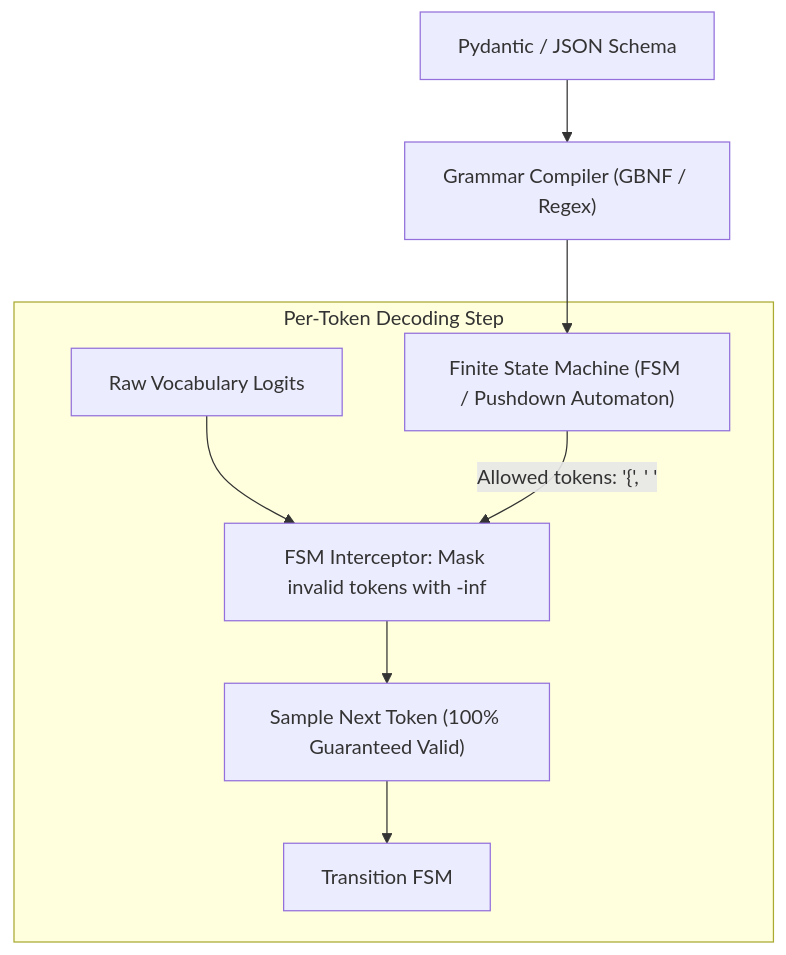
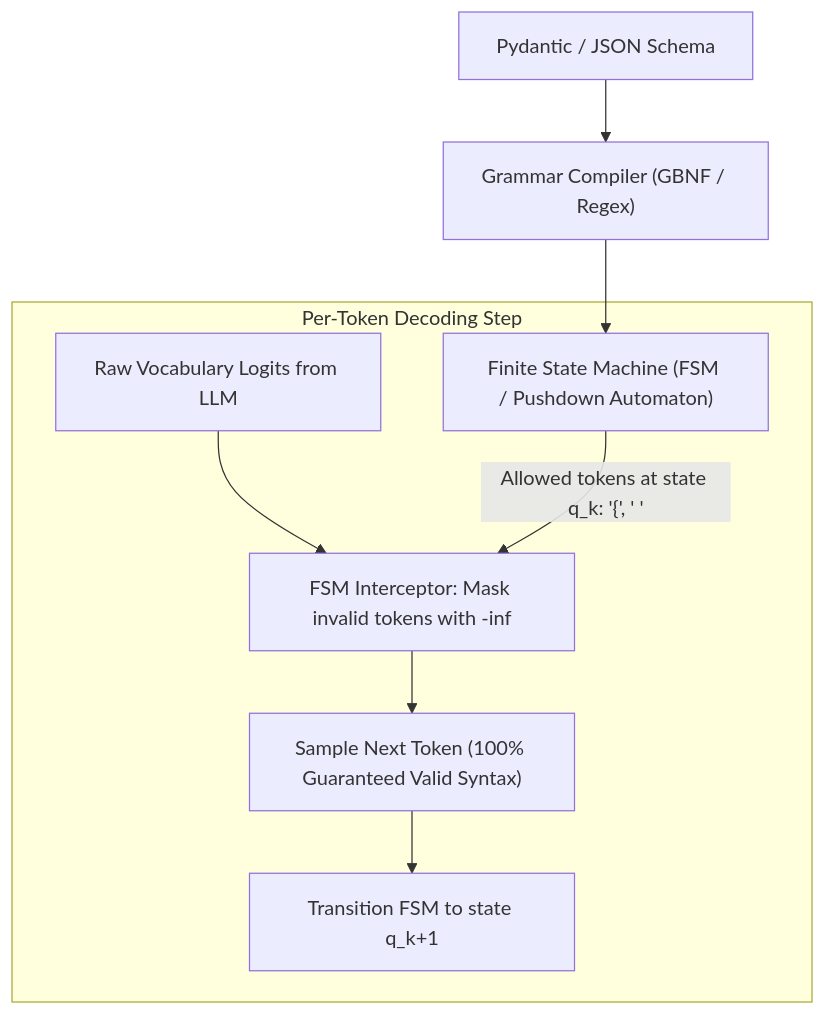
One commit to dip4k/senior-engineer-to-ai-engineer-roadmap changed diagram 11 of 13 in 01-prompt-and-context-engineering/README.md. Above: the diagram before and after it, drawn with Mermaid. The commit also changed other lines of this file and 15 other files, not shown here.

Commit message:
Complete 2026 AI Engineer roadmap enhancements: Context Engineering master discipline, Agent Memory lab, reasoning models, EU AI Act governance guide, Top 15 beginner mistakes, and diagram sanity pass

````diff
--- a/01-prompt-and-context-engineering/README.md
+++ b/01-prompt-and-context-engineering/README.md
@@ -121,12 +663,12 @@
 ```mermaid
 flowchart TD
     Schema["Pydantic / JSON Schema"] --> Compiler["Grammar Compiler (GBNF / Regex)"]
     Compiler --> FSM["Finite State Machine (FSM / Pushdown Automaton)"]
     
     subgraph SamplingLoop["Per-Token Decoding Step"]
-        LLM_Logits["Raw Vocabulary Logits"] --> Masking["FSM Interceptor: Mask invalid tokens with -inf"]
-        FSM -->|"Allowed tokens: '{', ' ' "| Masking
-        Masking --> Sampled["Sample Next Token (100% Guaranteed Valid)"]
-        Sampled --> Advance["Transition FSM"]
+        LLM_Logits["Raw Vocabulary Logits from LLM"] --> Masking["FSM Interceptor: Mask invalid tokens with -inf"]
+        FSM -->|"Allowed tokens at state q_k: '{', ' ' "| Masking
+        Masking --> Sampled["Sample Next Token (100% Guaranteed Valid Syntax)"]
+        Sampled --> Advance["Transition FSM to state q_k+1"]
     end
 ```
````
